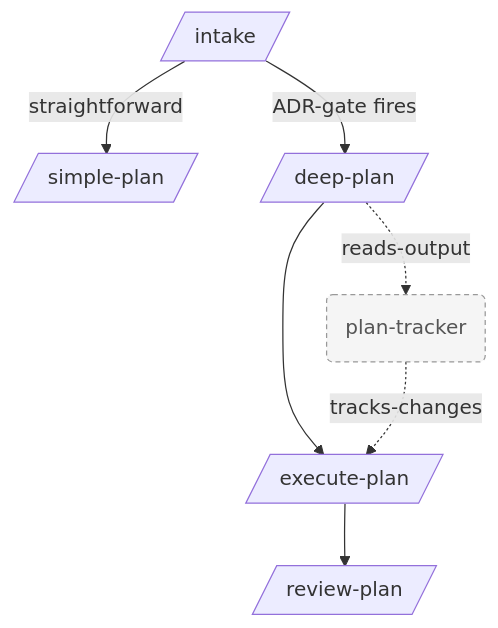
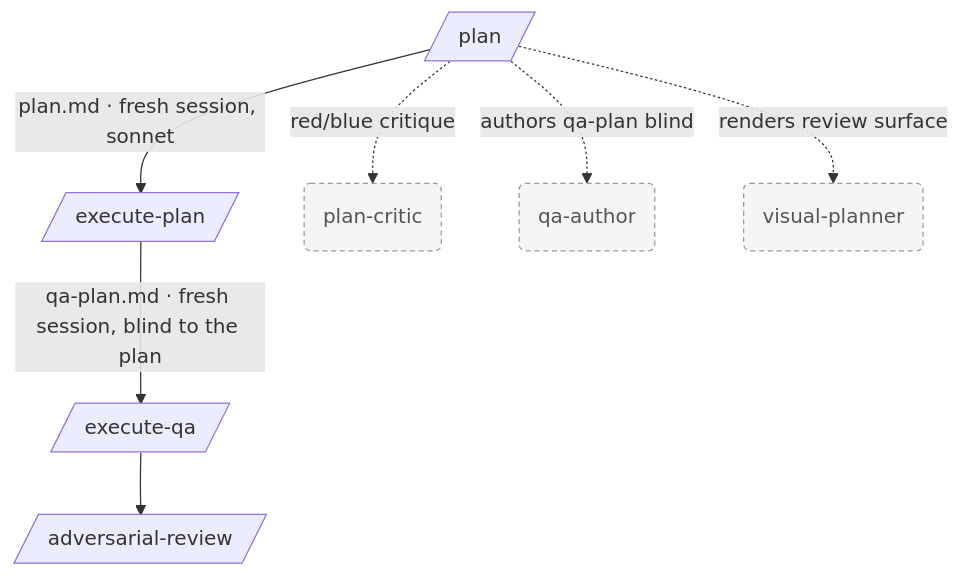
One commit to vpaivag/skills changed the diagram in README.md. Above: the diagram before and after it, drawn with Mermaid. The commit also changed other lines of this file and 26 other files, not shown here.

````diff
--- a/README.md
+++ b/README.md
@@ -7,20 +7,22 @@
 ```mermaid
 flowchart TD
-    intake[/intake/]
-    simple[/simple-plan/]
-    deep[/deep-plan/]
+    plan[/plan/]
     execute[/execute-plan/]
-    review[/review-plan/]
-    tracker(plan-tracker)
+    qa[/execute-qa/]
+    adv[/adversarial-review/]
 
-    intake -->|straightforward| simple
-    intake -->|ADR-gate fires| deep
-    deep --> execute
-    execute --> review
+    plan -->|"plan.md · fresh session, sonnet"| execute
+    execute -->|"qa-plan.md · fresh session, blind to the plan"| qa
+    qa --> adv
 
-    deep -.reads-output.-> tracker
-    tracker -.tracks-changes.-> execute
+    critic(plan-critic)
+    author(qa-author)
+    visual(visual-planner)
+
+    plan -.red/blue critique.-> critic
+    plan -.authors qa-plan blind.-> author
+    plan -.renders review surface.-> visual
 
     classDef helper fill:#f5f5f5,stroke:#999,stroke-dasharray:4 3,color:#555
-    class tracker helper
+    class critic,author,visual helper
 ```
````
